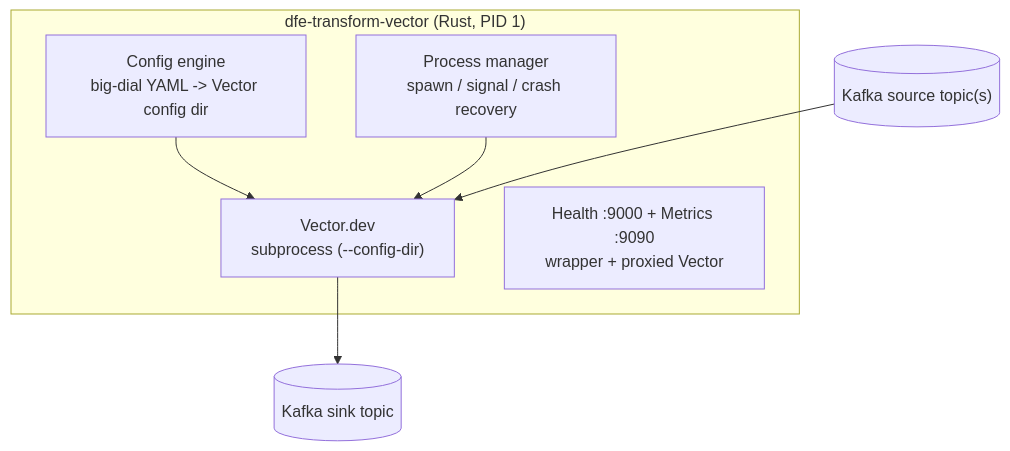
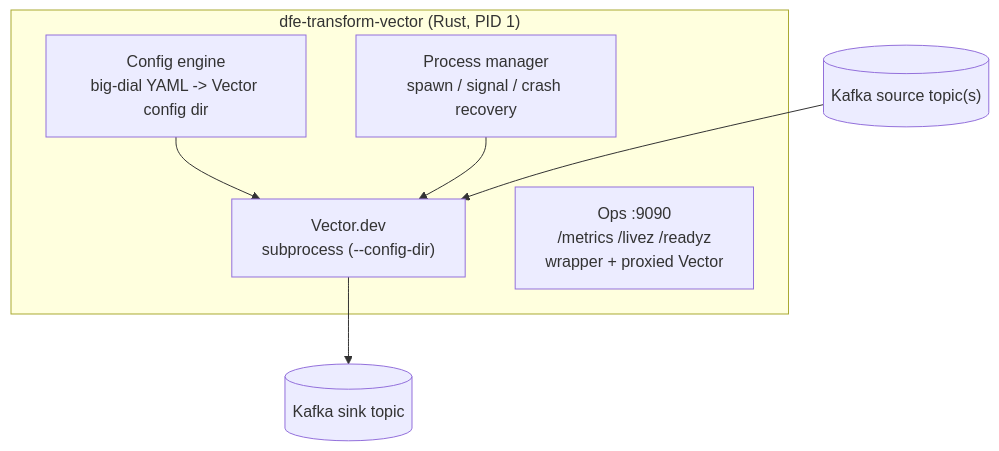
One commit to hyperi-io/dfe-transform-vector changed the diagram in README.md. Above: the diagram before and after it, drawn with Mermaid. The commit also changed other lines of this file and 24 other files, not shown here.

````diff
--- a/README.md
+++ b/README.md
@@ -10,14 +10,14 @@
 ```mermaid
 flowchart TB
     SRC[("Kafka source topic(s)")]
     SINK[("Kafka sink topic")]
     subgraph W["dfe-transform-vector (Rust, PID 1)"]
         CE["Config engine<br/>big-dial YAML -> Vector config dir"]
         PM["Process manager<br/>spawn / signal / crash recovery"]
         VEC["Vector.dev<br/>subprocess (--config-dir)"]
-        OPS["Health :9000 + Metrics :9090<br/>wrapper + proxied Vector"]
+        OPS["Ops :9090<br/>/metrics /livez /readyz<br/>wrapper + proxied Vector"]
         CE --> VEC
         PM --> VEC
     end
     SRC --> VEC --> SINK
 ```
````
